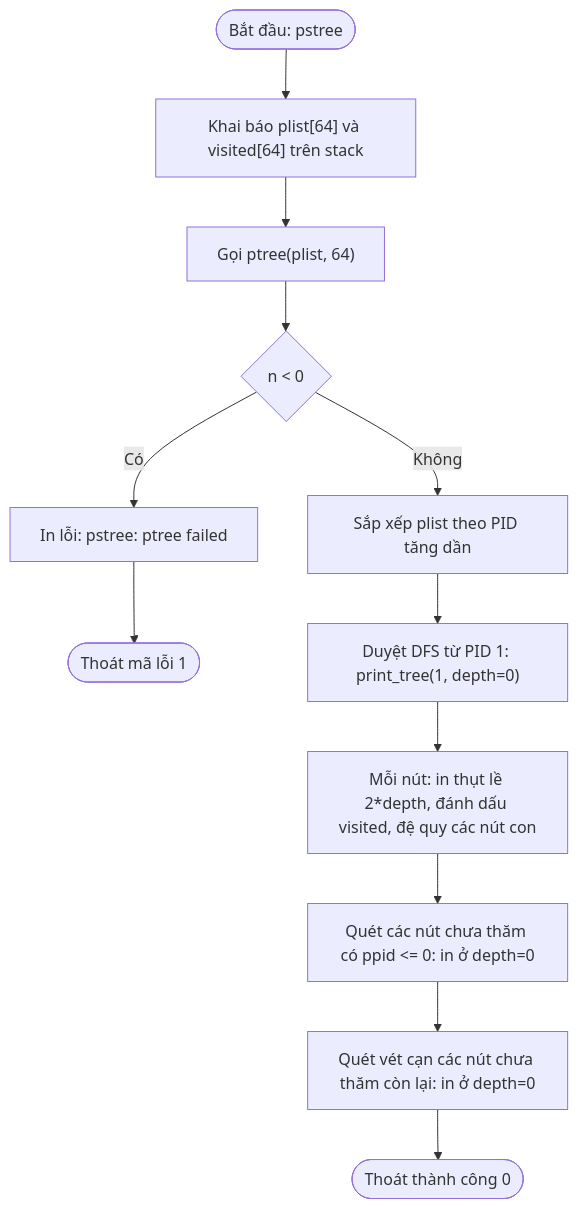
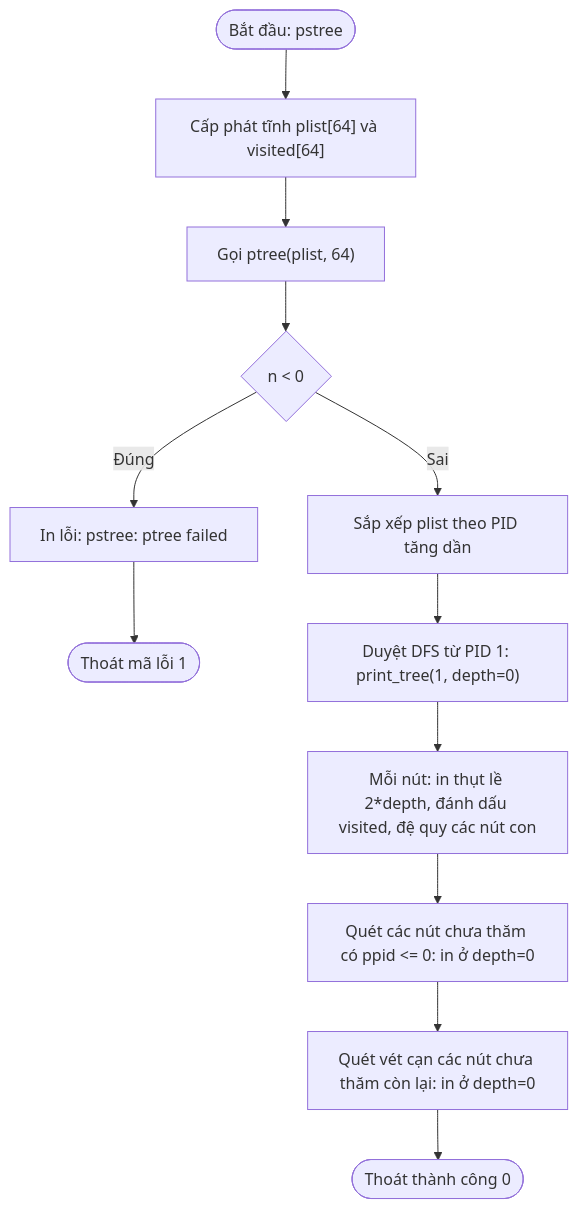
The first of 3 diagrams in report_ptree.md (zetomis-was-taken/xv6_lab02), drawn with Mermaid before and after one commit. The commit also changed other lines of this file and 2 other files, not shown here.

Commit message:
feat(ptree): optimize stack allocation with static in pstree and refine report

````diff
--- a/report_ptree.md
+++ b/report_ptree.md
@@ -80,16 +80,16 @@
 ```mermaid
 flowchart TD
-    Start(["Bắt đầu: pstree"]) --> Alloc["Khai báo plist[64] và visited[64] trên stack"]
+    Start(["Bắt đầu: pstree"]) --> Alloc["Cấp phát tĩnh plist[64] và visited[64]"]
     Alloc --> CallSys["Gọi ptree(plist, 64)"]
     CallSys --> CheckRet{"n < 0 "}
     
-    CheckRet -- "Có" --> PrintErr["In lỗi: pstree: ptree failed"]
+    CheckRet -- "Đúng" --> PrintErr["In lỗi: pstree: ptree failed"]
     PrintErr --> ExitFail(["Thoát mã lỗi 1"])
     
-    CheckRet -- "Không" --> Sort["Sắp xếp plist theo PID tăng dần"]
+    CheckRet -- "Sai" --> Sort["Sắp xếp plist theo PID tăng dần"]
     Sort --> DFSInit["Duyệt DFS từ PID 1: print_tree(1, depth=0)"]
     DFSInit --> SubDFS["Mỗi nút: in thụt lề 2*depth, đánh dấu visited, đệ quy các nút con"]
     SubDFS --> ScanRoots["Quét các nút chưa thăm có ppid <= 0: in ở depth=0"]
     ScanRoots --> ScanSweep["Quét vét cạn các nút chưa thăm còn lại: in ở depth=0"]
     ScanSweep --> ExitOk(["Thoát thành công 0"])
 ```
````
